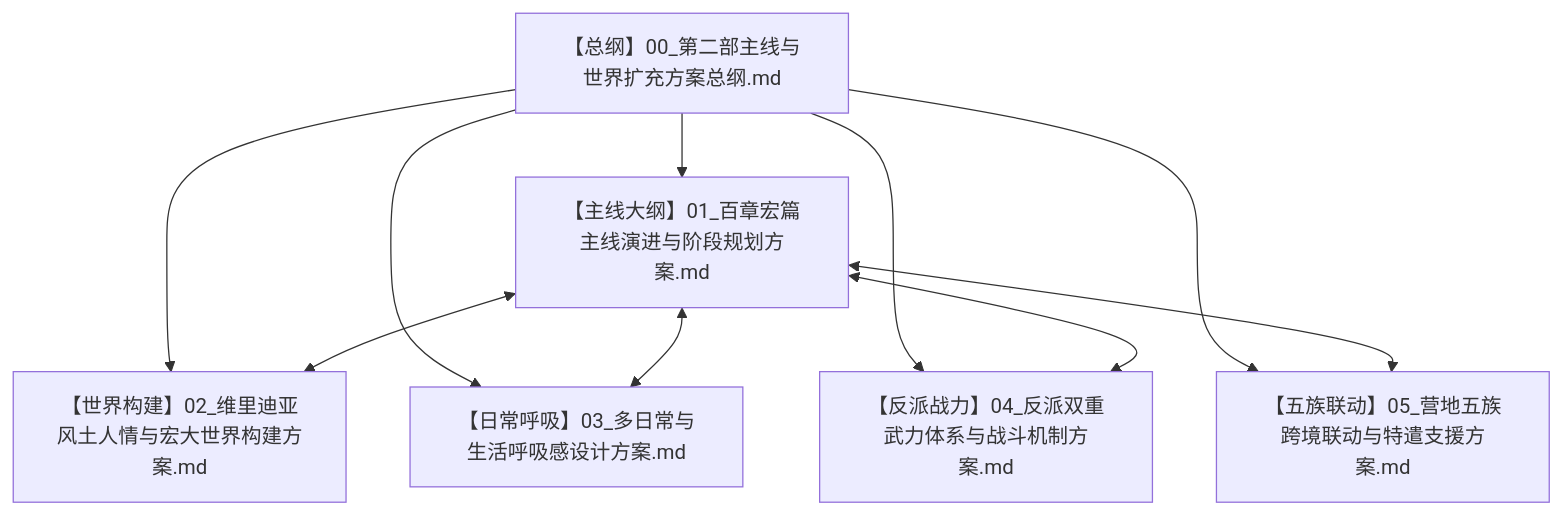
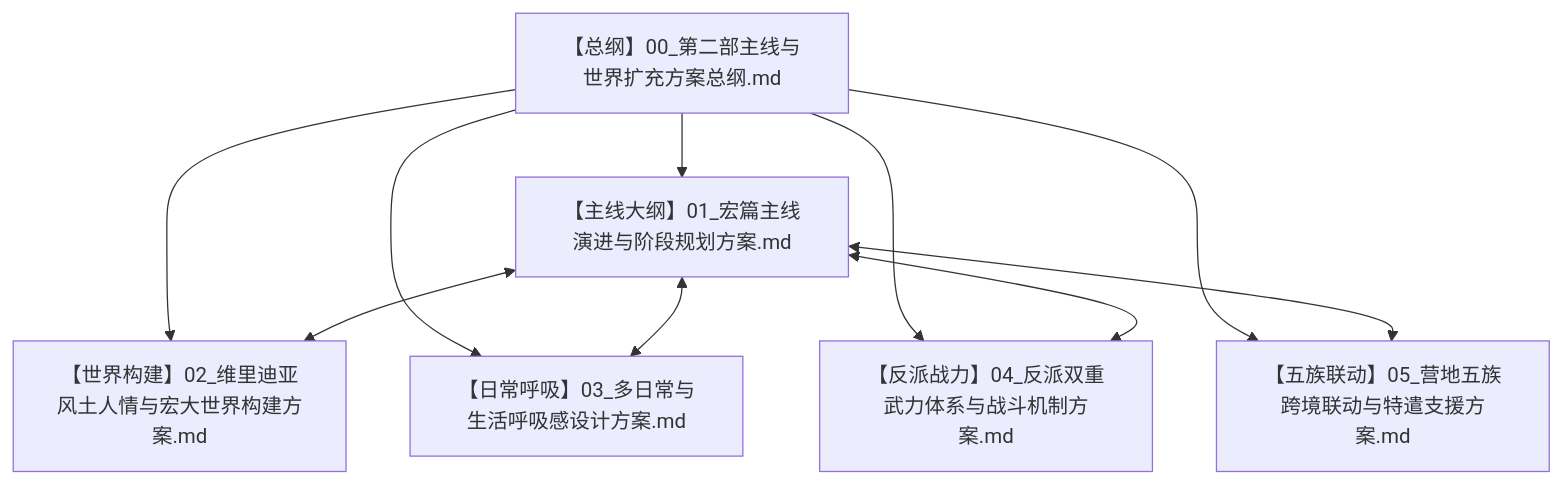
Before and after one commit to soranokiseki1437/eldoria-worldbook: the first of 3 diagrams in 方案/第二部/主线与世界扩充方案/00_第二部主线与世界扩充方案总纲.md, drawn with Mermaid. The commit also changed other lines of this file and 8 other files, not shown here.

````diff
--- a/方案/第二部/主线与世界扩充方案/00_第二部主线与世界扩充方案总纲.md
+++ b/方案/第二部/主线与世界扩充方案/00_第二部主线与世界扩充方案总纲.md
@@ -14,21 +13,21 @@
 ```mermaid
 graph TD
     Root["【总纲】00_第二部主线与世界扩充方案总纲.md"]
     
-    Sub1["【主线大纲】01_百章宏篇主线演进与阶段规划方案.md"]
+    Sub1["【主线大纲】01_宏篇主线演进与阶段规划方案.md"]
     Sub2["【世界构建】02_维里迪亚风土人情与宏大世界构建方案.md"]
     Sub3["【日常呼吸】03_多日常与生活呼吸感设计方案.md"]
     Sub4["【反派战力】04_反派双重武力体系与战斗机制方案.md"]
     Sub5["【五族联动】05_营地五族跨境联动与特遣支援方案.md"]
 
     Root --> Sub1
     Root --> Sub2
     Root --> Sub3
     Root --> Sub4
     Root --> Sub5
 
     Sub1 <--> Sub2
     Sub1 <--> Sub3
     Sub1 <--> Sub4
     Sub1 <--> Sub5
 ```
````
